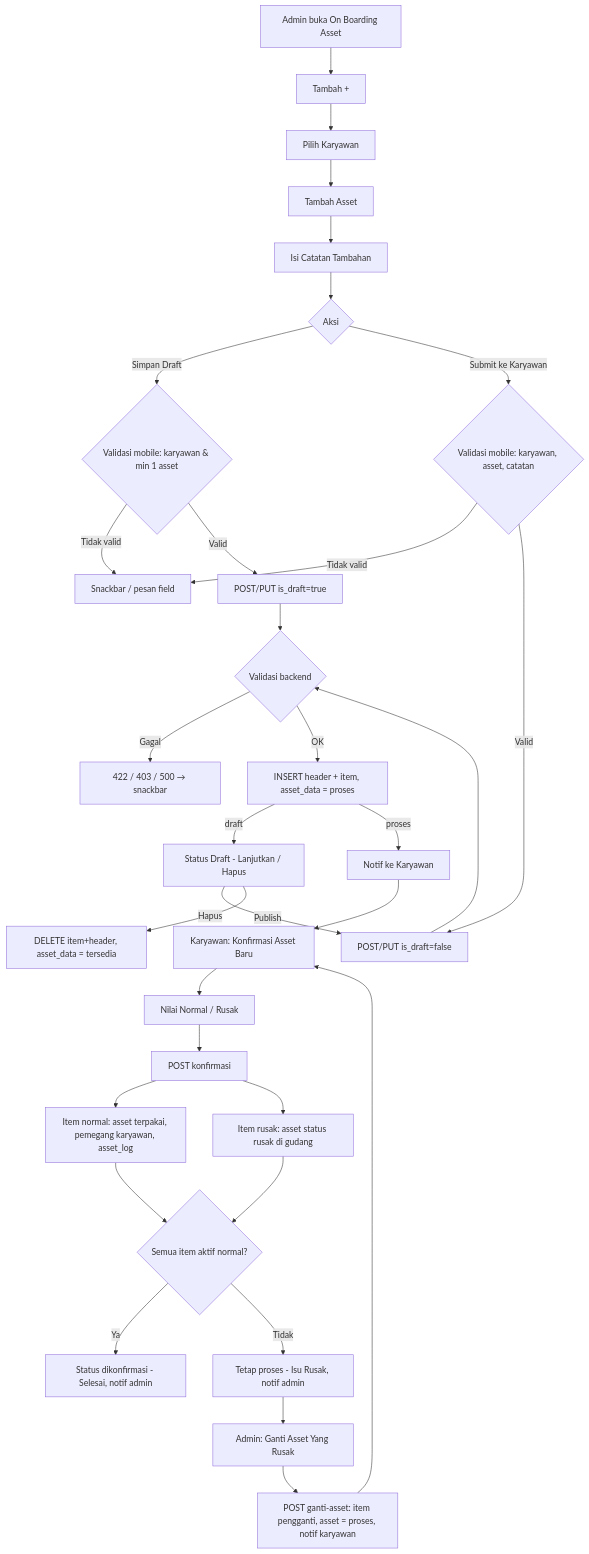
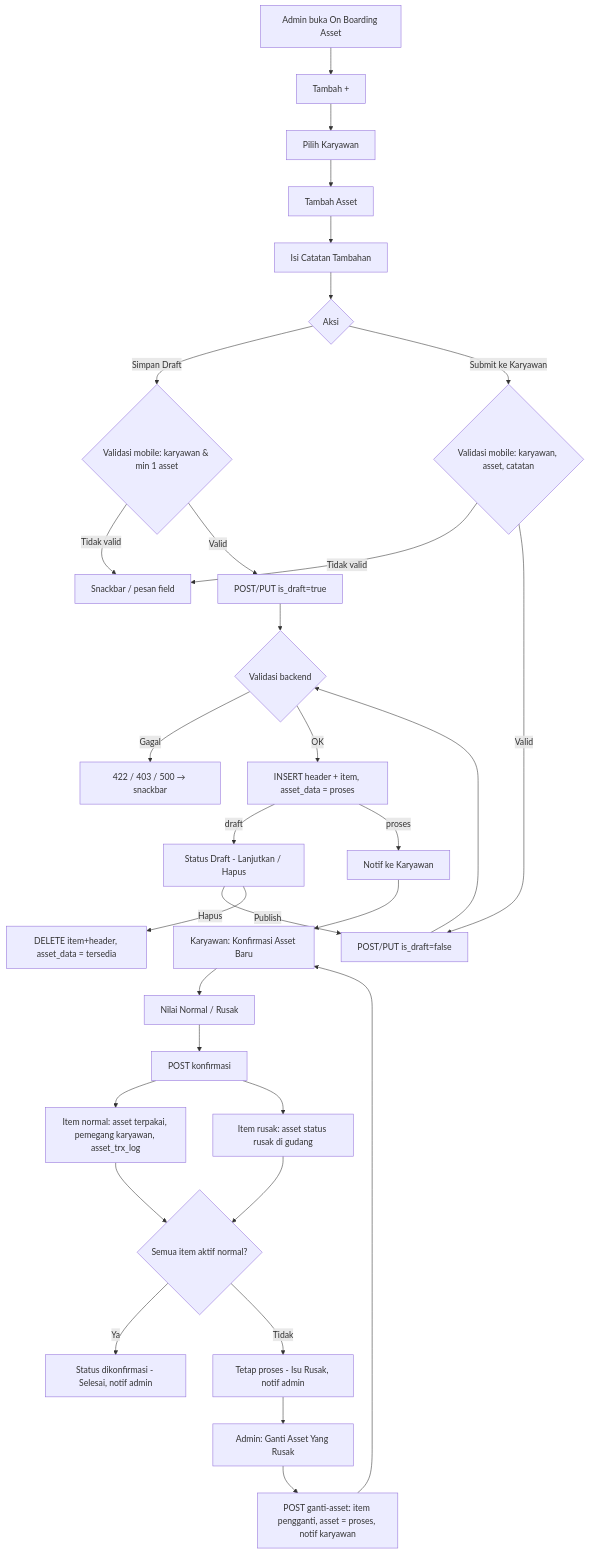
The first of 6 diagrams in dokumentasi-asset-onboarding-karyawan.md (setiyawan12/DOKUMENTASI-ASSET), drawn with Mermaid before and after one commit. The commit also changed other lines of this file and 34 other files, not shown here.

````diff
--- a/dokumentasi-asset-onboarding-karyawan.md
+++ b/dokumentasi-asset-onboarding-karyawan.md
@@ -366,34 +368,34 @@
 ```mermaid
 flowchart TD
     A[Admin buka On Boarding Asset] --> B[Tambah +]
     B --> C[Pilih Karyawan]
     C --> D[Tambah Asset]
     D --> E[Isi Catatan Tambahan]
     E --> F{Aksi}
     F -->|Simpan Draft| G{Validasi mobile: karyawan & min 1 asset}
     F -->|Submit ke Karyawan| H{Validasi mobile: karyawan, asset, catatan}
     G -->|Tidak valid| X[Snackbar / pesan field]
     H -->|Tidak valid| X
     G -->|Valid| I[POST/PUT is_draft=true]
     H -->|Valid| J[POST/PUT is_draft=false]
     I --> K{Validasi backend}
     J --> K
     K -->|Gagal| X2[422 / 403 / 500 → snackbar]
     K -->|OK| L[INSERT header + item, asset_data = proses]
     L -->|draft| M[Status Draft - Lanjutkan / Hapus]
     M -->|Publish| J
     M -->|Hapus| N[DELETE item+header, asset_data = tersedia]
     L -->|proses| O[Notif ke Karyawan]
     O --> P[Karyawan: Konfirmasi Asset Baru]
     P --> Q[Nilai Normal / Rusak]
     Q --> R[POST konfirmasi]
-    R --> S[Item normal: asset terpakai, pemegang karyawan, asset_log]
+    R --> S[Item normal: asset terpakai, pemegang karyawan, asset_trx_log]
     R --> T[Item rusak: asset status rusak di gudang]
     S --> U{Semua item aktif normal?}
     T --> U
     U -->|Ya| V[Status dikonfirmasi - Selesai, notif admin]
     U -->|Tidak| W[Tetap proses - Isu Rusak, notif admin]
     W --> Y[Admin: Ganti Asset Yang Rusak]
     Y --> Z[POST ganti-asset: item pengganti, asset = proses, notif karyawan]
     Z --> P
 ```
````
